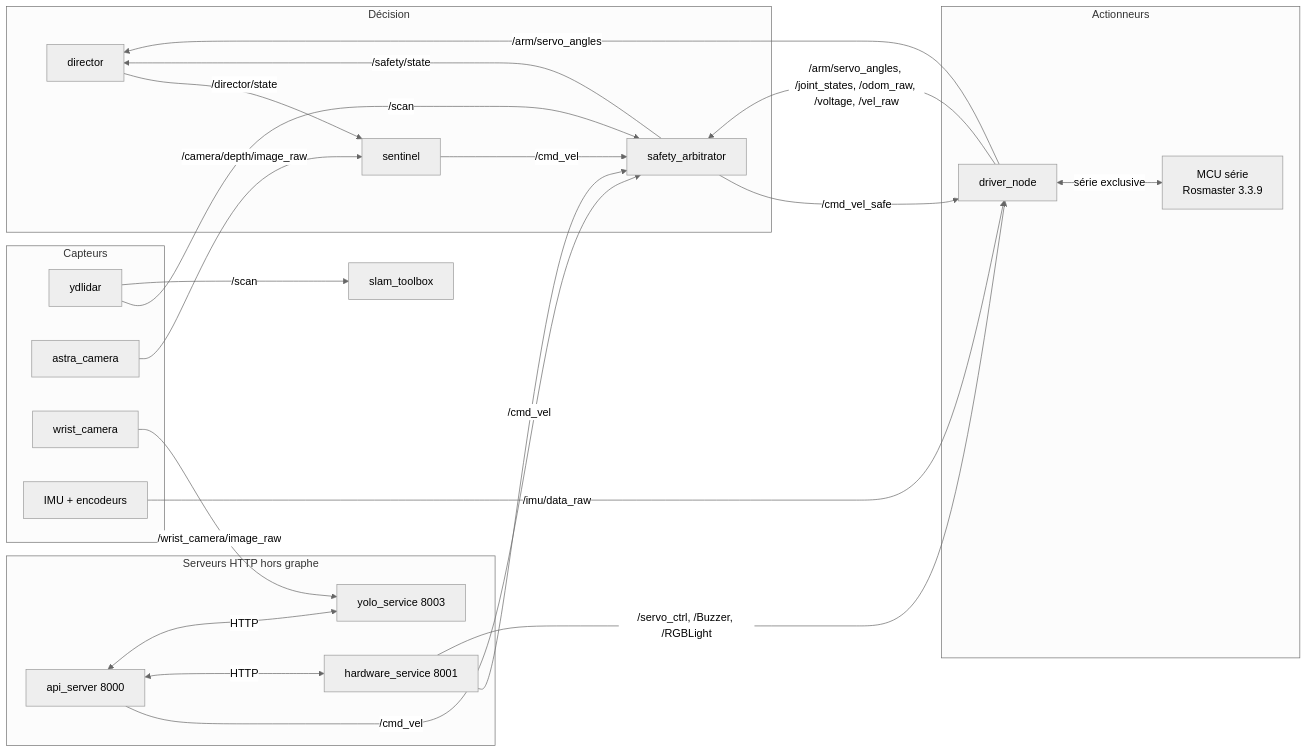
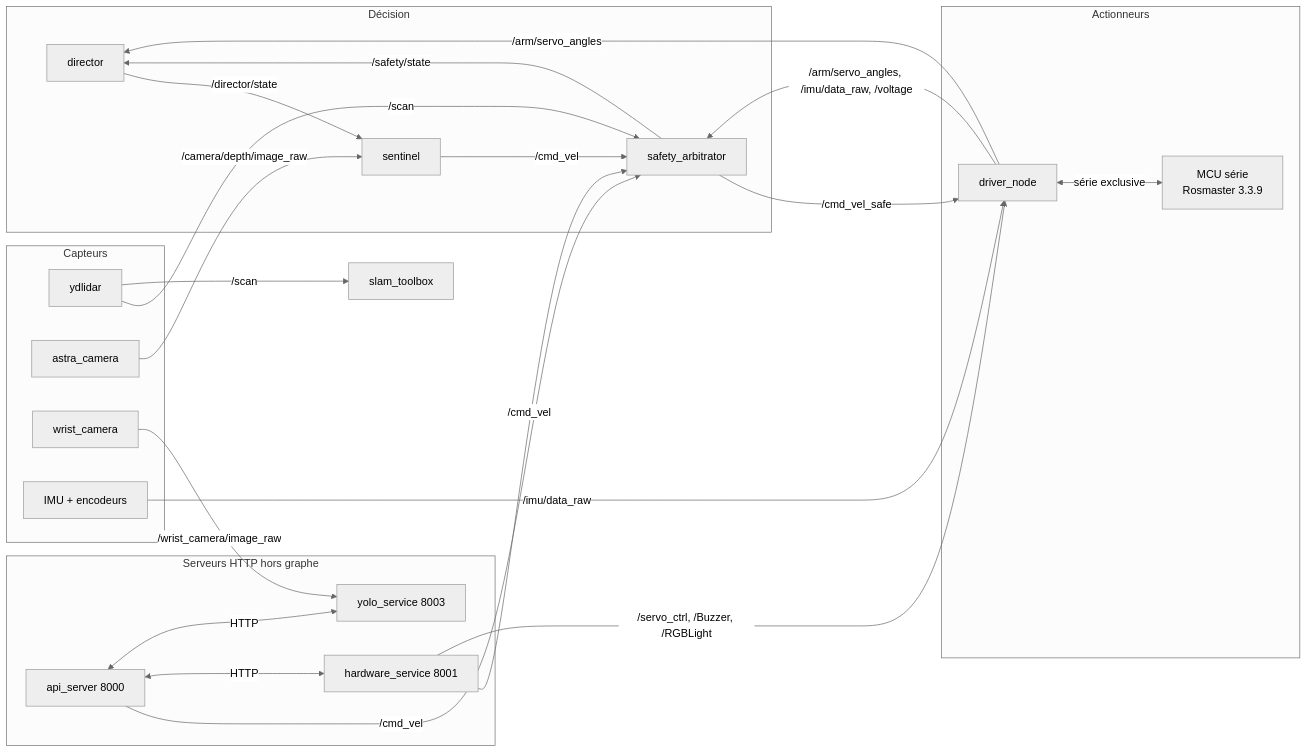
The first of 3 diagrams in docs/ros2_audit/01_architecture_factuelle.md (morgoth31/clawbot), drawn with Mermaid (neutral theme) before and after one commit. The commit also changed other lines of this file and 15 other files, not shown here.

````diff
--- a/docs/ros2_audit/01_architecture_factuelle.md
+++ b/docs/ros2_audit/01_architecture_factuelle.md
@@ -285,40 +288,40 @@
 ```mermaid
 flowchart LR
   subgraph Décision
     DIR["director"]
     SEN["sentinel"]
     SAF["safety_arbitrator"]
   end
   subgraph Actionneurs
     DRV["driver_node"]
     MCU["MCU série<br/>Rosmaster 3.3.9"]
   end
   subgraph Capteurs
     LID["ydlidar"]
     AST["astra_camera"]
     WRI["wrist_camera"]
     IMU["IMU + encodeurs"]
   end
   subgraph HTTP["Serveurs HTTP hors graphe"]
     HS["hardware_service 8001"]
     API["api_server 8000"]
     YOLO["yolo_service 8003"]
   end
   LID -->|"/scan"| SAF
   LID -->|"/scan"| SLAM["slam_toolbox"]
   AST -->|"/camera/depth/image_raw"| SEN
   WRI -->|"/wrist_camera/image_raw"| YOLO
   IMU -->|"/imu/data_raw"| DRV
-  DRV -->|"/arm/servo_angles, /joint_states, /odom_raw, /voltage, /vel_raw"| SAF
+  DRV -->|"/arm/servo_angles, /imu/data_raw, /voltage"| SAF
   DRV -->|"/arm/servo_angles"| DIR
   SAF -->|"/safety/state"| DIR
   DIR -->|"/director/state"| SEN
   SEN -->|"/cmd_vel"| SAF
   HS -->|"/cmd_vel"| SAF
   API -->|"/cmd_vel"| SAF
   SAF -->|"/cmd_vel_safe"| DRV
   HS -->|"/servo_ctrl, /Buzzer, /RGBLight"| DRV
   DRV <-->|"série exclusive"| MCU
   API <-->|"HTTP"| HS
   API <-->|"HTTP"| YOLO
 ```
````
